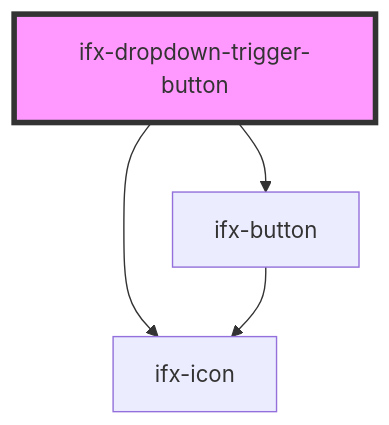
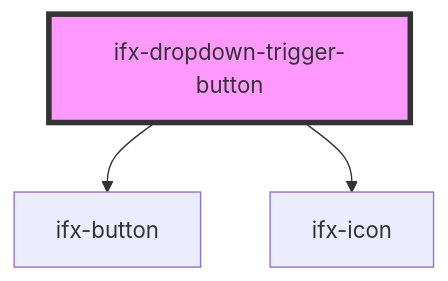
The diagram in packages/components/src/components/dropdown/dropdown-trigger-button/readme.md (Infineon/infineon-design-system-stencil), drawn with Mermaid before and after one commit. The commit also changed 5 other files, not shown here.

````diff
--- a/packages/components/src/components/dropdown/dropdown-trigger-button/readme.md
+++ b/packages/components/src/components/dropdown/dropdown-trigger-button/readme.md
@@ -29,7 +29,6 @@
 ```mermaid
 graph TD;
   ifx-dropdown-trigger-button --> ifx-button
   ifx-dropdown-trigger-button --> ifx-icon
-  ifx-button --> ifx-icon
   style ifx-dropdown-trigger-button fill:#f9f,stroke:#333,stroke-width:4px
 ```
````
